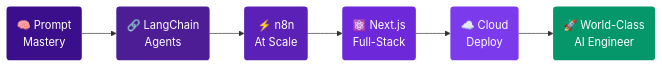
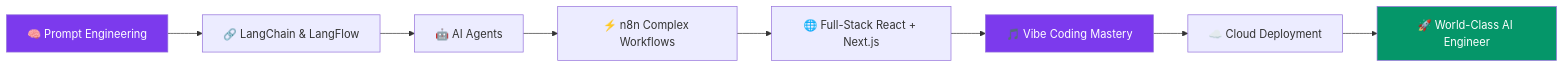
Before and after one commit to abdullahaljahed50-hub/abdullahaljahed50-hub: the diagram in README.md, drawn with Mermaid. The commit also changed other lines of this file, not shown here.

````diff
--- a/README.md
+++ b/README.md
@@ -184,15 +266,14 @@
 ```mermaid
-flowchart LR
-    A(🧠 Prompt\nMastery) --> B(🔗 LangChain\nAgents)
-    B --> C(⚡ n8n\nAt Scale)
-    C --> D(⚛️ Next.js\nFull-Stack)
-    D --> E(☁️ Cloud\nDeploy)
-    E --> F(🚀 World-Class\nAI Engineer)
+graph LR
+    A[🧠 Prompt Engineering] --> B[🔗 LangChain & LangFlow]
+    B --> C[🤖 AI Agents]
+    C --> D[⚡ n8n Complex Workflows]
+    D --> E[🌐 Full-Stack React + Next.js]
+    E --> F2[🎵 Vibe Coding Mastery]
+    F2 --> F[☁️ Cloud Deployment]
+    F --> G[🚀 World-Class AI Engineer]
 
-    style A fill:#3b0f8c,color:#fff,stroke:none
-    style B fill:#4c1d95,color:#fff,stroke:none
-    style C fill:#5b21b6,color:#fff,stroke:none
-    style D fill:#6d28d9,color:#fff,stroke:none
-    style E fill:#7c3aed,color:#fff,stroke:none
-    style F fill:#059669,color:#fff,stroke:none
+    style A fill:#7c3aed,color:#fff
+    style F2 fill:#7c3aed,color:#fff
+    style G fill:#059669,color:#fff
 ```
````
